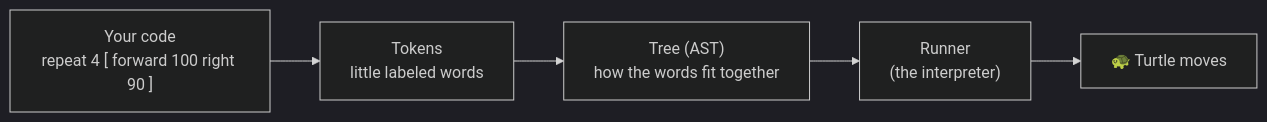
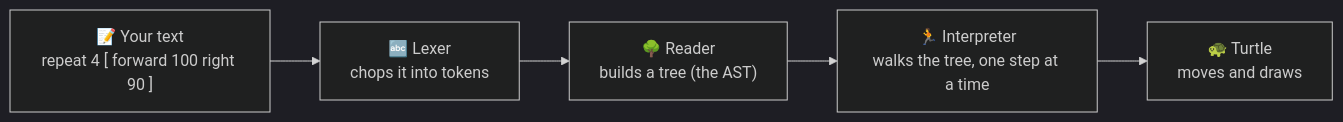
One commit to pmalarme/open-logo changed the diagram in docs/learn-how-its-built/README.md. Above: the diagram before and after it, drawn with Mermaid (dark theme). The commit also changed 1 other file, not shown here.

````diff
--- a/docs/learn-how-its-built/README.md
+++ b/docs/learn-how-its-built/README.md
@@ -9,7 +9,7 @@
 ```mermaid
 flowchart LR
-  A["Your code<br/>repeat 4 [ forward 100 right 90 ]"] --> B["Tokens<br/>little labeled words"]
-  B --> C["Tree (AST)<br/>how the words fit together"]
-  C --> D["Runner<br/>(the interpreter)"]
-  D --> E["🐢 Turtle moves"]
+  A["📝 Your text<br/>repeat 4 [ forward 100 right 90 ]"] --> B["🔤 Lexer<br/>chops it into tokens"]
+  B --> C["🌳 Reader<br/>builds a tree (the AST)"]
+  C --> D["🏃 Interpreter<br/>walks the tree, one step at a time"]
+  D --> E["🐢 Turtle<br/>moves and draws"]
 ```
````
